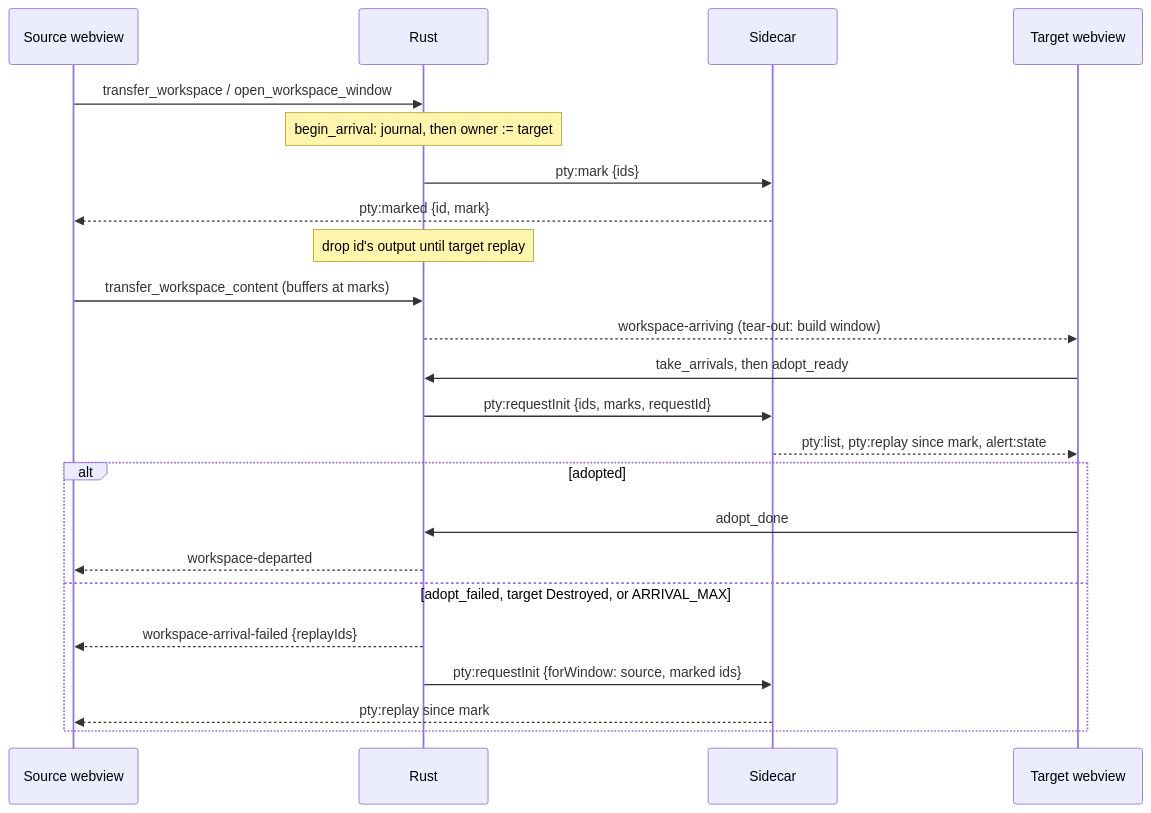
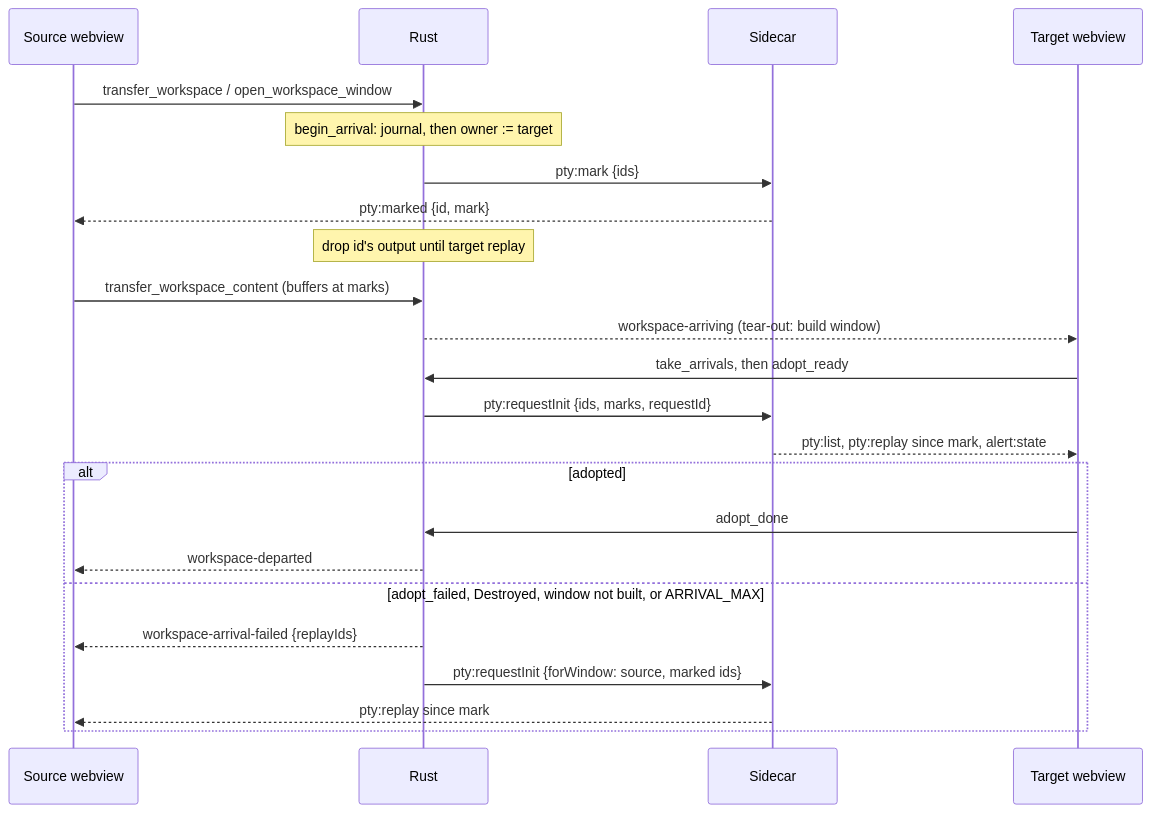
The second of 3 diagrams in docs/specs/standalone.md (diffplug/dormouse), drawn with Mermaid before and after one commit. The commit also changed other lines of this file, not shown here.

First line of the commit message:
standalone: review fixes to the Arrival queue diagram

````diff
--- a/docs/specs/standalone.md
+++ b/docs/specs/standalone.md
@@ -491,25 +491,25 @@
 ```mermaid
 sequenceDiagram
   participant S as Source webview
   participant R as Rust
   participant P as Sidecar
   participant T as Target webview
   S->>R: transfer_workspace / open_workspace_window
   Note over R: begin_arrival: journal, then owner := target
   R->>P: pty:mark {ids}
   P-->>S: pty:marked {id, mark}
   Note over R: drop id's output until target replay
   S->>R: transfer_workspace_content (buffers at marks)
   R-->>T: workspace-arriving (tear-out: build window)
   T->>R: take_arrivals, then adopt_ready
   R->>P: pty:requestInit {ids, marks, requestId}
   P-->>T: pty:list, pty:replay since mark, alert:state
   alt adopted
     T->>R: adopt_done
     R-->>S: workspace-departed
-  else adopt_failed, target Destroyed, or ARRIVAL_MAX
+  else adopt_failed, Destroyed, window not built, or ARRIVAL_MAX
     R-->>S: workspace-arrival-failed {replayIds}
     R->>P: pty:requestInit {forWindow: source, marked ids}
     P-->>S: pty:replay since mark
   end
 ```
````
